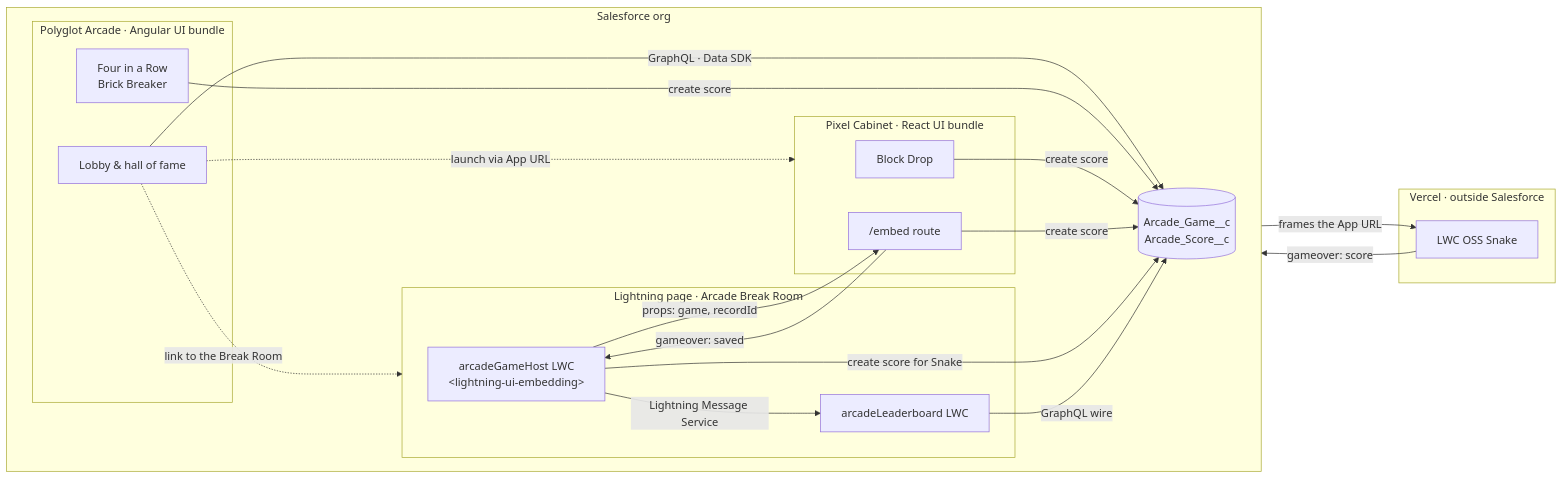
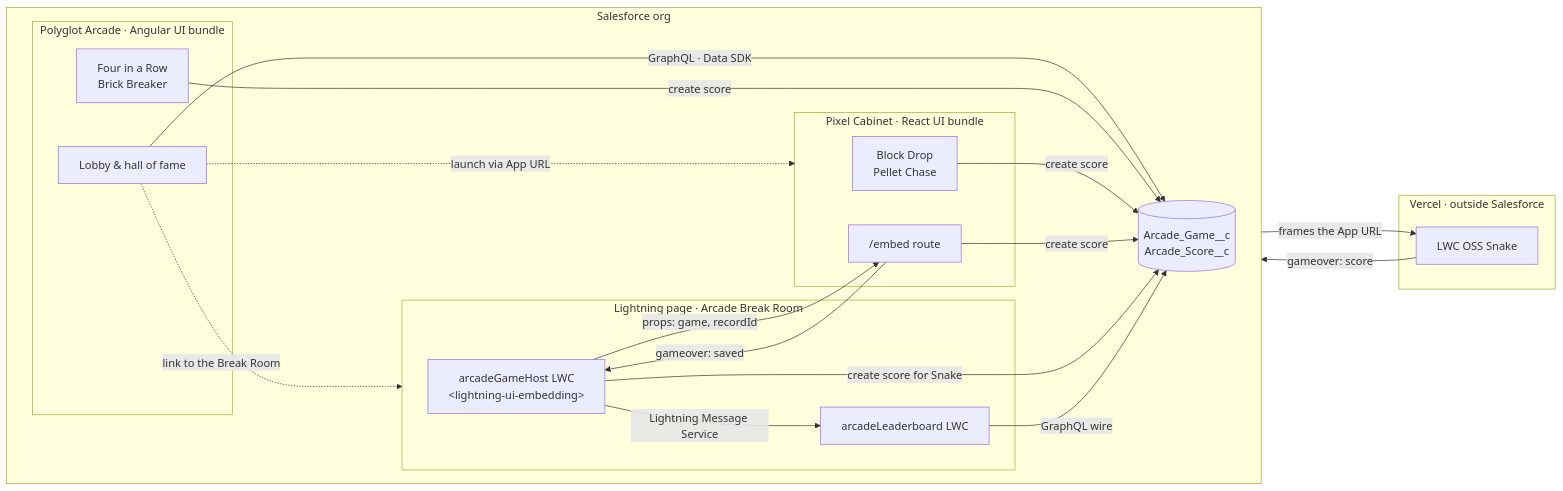
One commit to svierk/polyglot-arcade changed the first of 4 diagrams in README.md. Above: the diagram before and after it, drawn with Mermaid. The commit also changed other lines of this file and 6 other files, not shown here.

First line of the commit message:
feat(cabinet): add pellet chase (#13)

````diff
--- a/README.md
+++ b/README.md
@@ -57,35 +57,35 @@
 ```mermaid
 flowchart LR
     subgraph Org["Salesforce org"]
         direction LR
         subgraph Hub["Polyglot Arcade · Angular UI bundle"]
             Lobby["Lobby & hall of fame"]
             HubGames["Four in a Row<br/>Brick Breaker"]
         end
         subgraph Cab["Pixel Cabinet · React UI bundle"]
-            BD["Block Drop"]
+            BD["Block Drop<br/>Pellet Chase"]
             Embed["/embed route"]
         end
         subgraph LEX["Lightning page · Arcade Break Room"]
             Host["arcadeGameHost LWC<br/>&lt;lightning-ui-embedding&gt;"]
             LB["arcadeLeaderboard LWC"]
         end
         Data[("Arcade_Game__c<br/>Arcade_Score__c")]
     end
     subgraph Ext["Vercel · outside Salesforce"]
         Snake["LWC OSS Snake"]
     end
     Lobby -- "GraphQL · Data SDK" --> Data
     HubGames -- "create score" --> Data
     BD -- "create score" --> Data
     Embed -- "create score" --> Data
     Lobby -. "launch via App URL" .-> Cab
     Lobby -. "link to the Break Room" .-> LEX
     Host -- "props: game, recordId" --> Embed
     Embed -- "gameover: saved" --> Host
     Host -- "frames the App URL" --> Snake
     Snake -- "gameover: score" --> Host
     Host -- "create score for Snake" --> Data
     Host -- "Lightning Message Service" --> LB
     LB -- "GraphQL wire" --> Data
 ```
````
